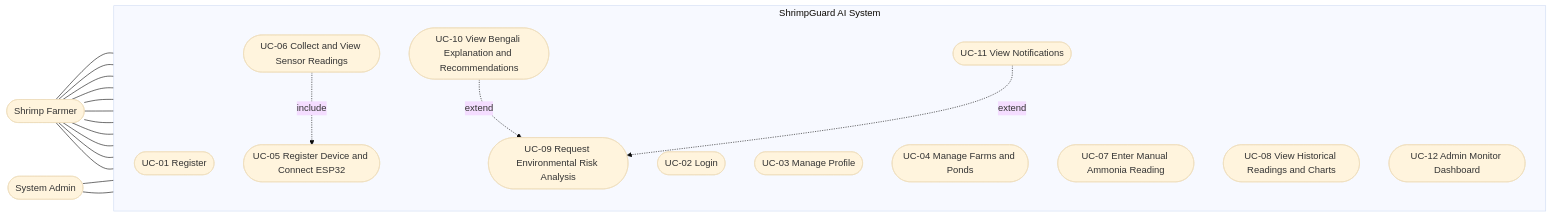
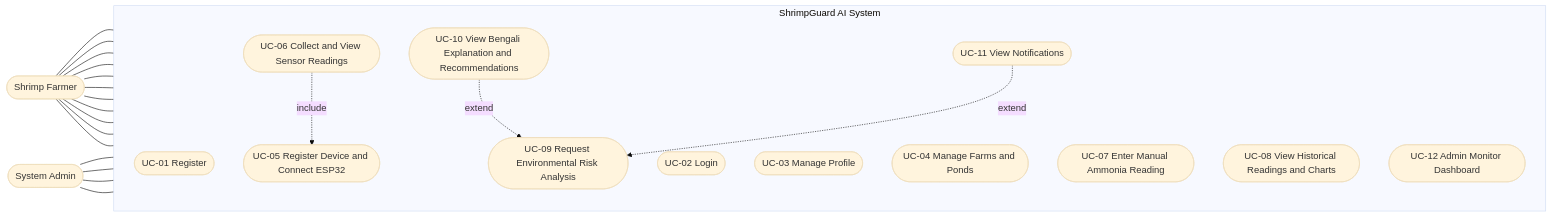
Before and after one commit to Grb-47/ShrimpGuard-AI: the diagram in docs/srs/CSE4104-7C-T04_UseCaseDiagram.md, drawn with Mermaid (base theme). The commit also changed other lines of this file and 1 other file, not shown here.

First line of the commit message:
Add Week 04 use case and activity diagrams

````diff
--- a/docs/srs/CSE4104-7C-T04_UseCaseDiagram.md
+++ b/docs/srs/CSE4104-7C-T04_UseCaseDiagram.md
@@ -16,40 +16,42 @@
 ```mermaid
 flowchart LR
     Farmer([Shrimp Farmer])
     Admin([System Admin])
 
     subgraph SGS["ShrimpGuard AI System"]
         direction TB
         UC01([UC-01 Register])
         UC02([UC-02 Login])
         UC03([UC-03 Manage Profile])
         UC04([UC-04 Manage Farms and Ponds])
         UC05([UC-05 Register Device and Connect ESP32])
         UC06([UC-06 Collect and View Sensor Readings])
         UC07([UC-07 Enter Manual Ammonia Reading])
         UC08([UC-08 View Historical Readings and Charts])
         UC09([UC-09 Request Environmental Risk Analysis])
         UC10([UC-10 View Bengali Explanation and Recommendations])
         UC11([UC-11 View Notifications])
         UC12([UC-12 Admin Monitor Dashboard])
     end
 
     Farmer --- UC01
     Farmer --- UC02
     Farmer --- UC03
     Farmer --- UC04
     Farmer --- UC05
     Farmer --- UC06
     Farmer --- UC07
     Farmer --- UC08
     Farmer --- UC09
     Farmer --- UC10
     Farmer --- UC11
 
     Admin --- UC02
+    Admin --- UC08
+    Admin --- UC11
     Admin --- UC12
 
     UC06 -.->|include| UC05
     UC10 -.->|extend| UC09
     UC11 -.->|extend| UC09
 ```
````
